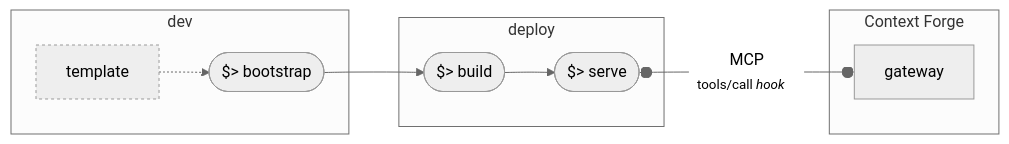
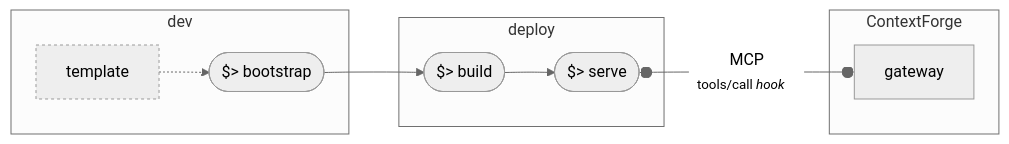
The diagram in docs/docs/using/plugins/lifecycle.md (tedhabeck/mcp-context-forge), drawn with Mermaid (neutral theme) before and after one commit. The commit also changed other lines of this file and 583 other files, not shown here.

First line of the commit message:
docs: rebrand to ContextForge AI Gateway (#3091)

````diff
--- a/docs/docs/using/plugins/lifecycle.md
+++ b/docs/docs/using/plugins/lifecycle.md
@@ -9,25 +9,25 @@
 ```mermaid
 graph LR
 
     A["template"]
     B(["$> bootstrap"])
     C(["$> build"])
     D(["$> serve"])
 
     subgraph dev
         A -.-> B
     end
 
     subgraph deploy
         C --> D
     end
 
     B --> C
 
-    subgraph CF["Context Forge"]
+    subgraph CF["ContextForge"]
         E["gateway"]
         D o--"MCP<br>&nbsp;&nbsp;<small>tools/call <i>hook</i></small>&nbsp;&nbsp;&nbsp;&nbsp;&nbsp;"--o E
     end
 
     style A stroke-dasharray: 3 3;
 ```
````
